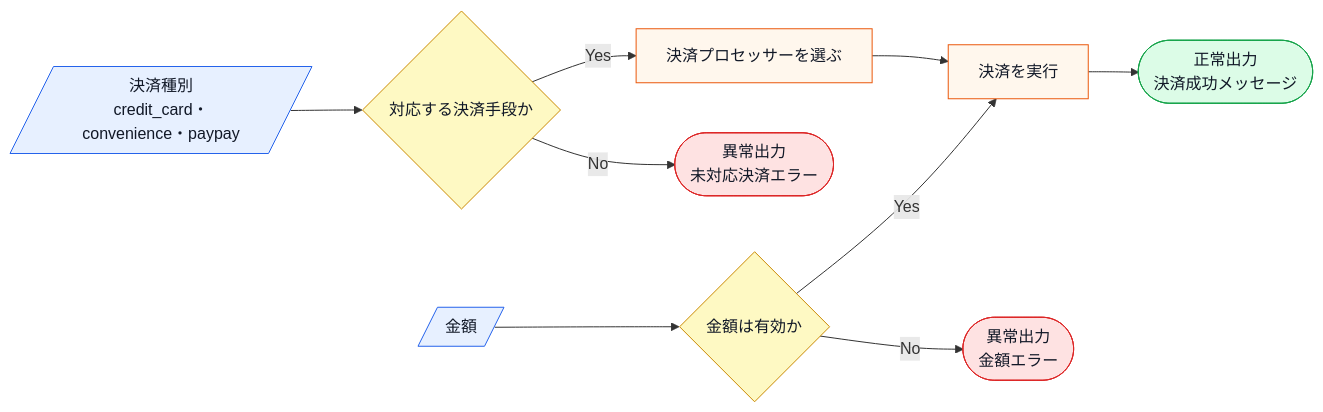
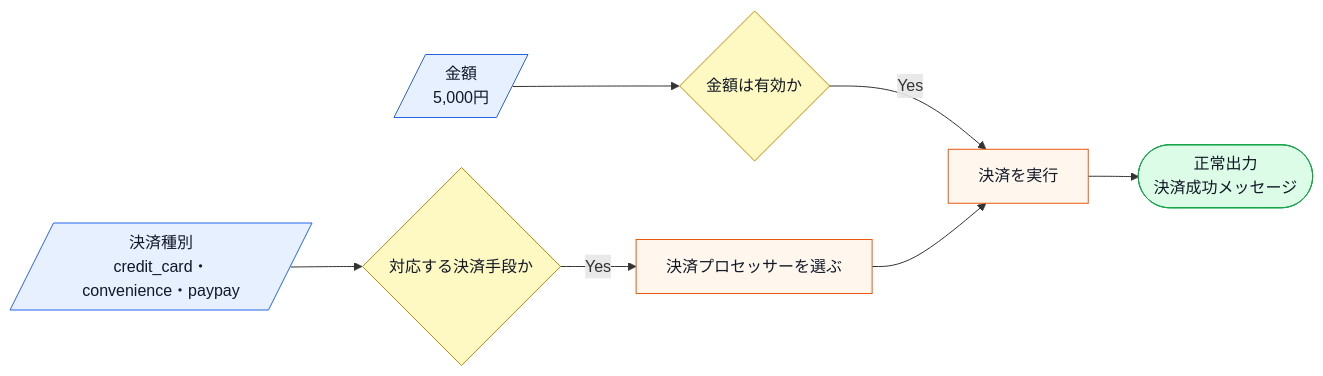
Before and after one commit to kumachan1101-pixel/DesignPattern: the fourth of 8 diagrams in kindle/design-patterns/output/chapter08.md, drawn with Mermaid. The commit also changed other lines of this file and 11 other files, not shown here.

Commit message:
docs: 残タスクの仕様図と外部境界を全章反映

````diff
--- a/kindle/design-patterns/output/chapter08.md
+++ b/kindle/design-patterns/output/chapter08.md
@@ -339,17 +368,14 @@
 ```mermaid
 flowchart LR
     A[/決済種別<br>credit_card・convenience・paypay/]:::input --> B{対応する決済手段か}:::decision
-    C[/金額/]:::input --> D{金額は有効か}:::decision
+    C[/金額<br>5,000円/]:::input --> D{金額は有効か}:::decision
     B -->|Yes| E[決済プロセッサーを選ぶ]:::process
     D -->|Yes| F[決済を実行]:::process
     E --> F
     F --> G([正常出力<br>決済成功メッセージ]):::normal
-    B -->|No| H([異常出力<br>未対応決済エラー]):::error
-    D -->|No| I([異常出力<br>金額エラー]):::error
 
     classDef input fill:#e7f0ff,stroke:#2563eb,color:#111827;
     classDef process fill:#fff7ed,stroke:#ea580c,color:#111827;
     classDef decision fill:#fef9c3,stroke:#ca8a04,color:#111827;
     classDef normal fill:#dcfce7,stroke:#16a34a,color:#111827;
-    classDef error fill:#fee2e2,stroke:#dc2626,color:#111827;
 ```
````
